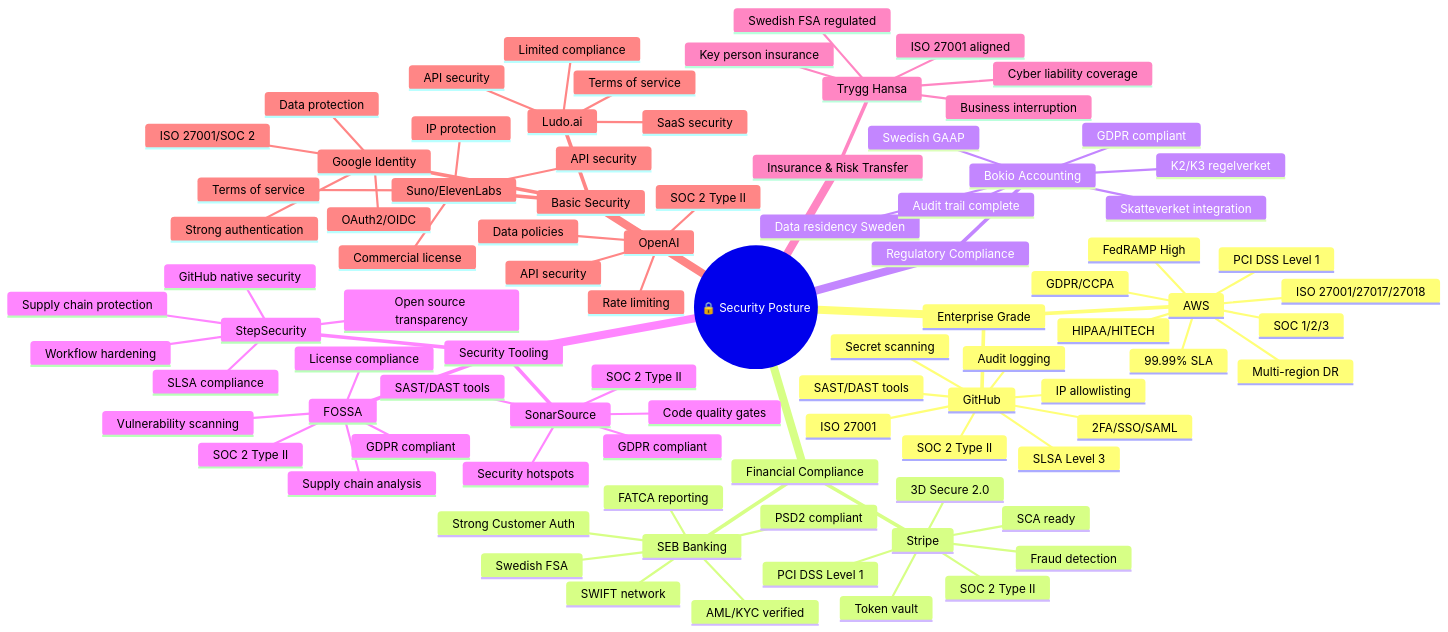
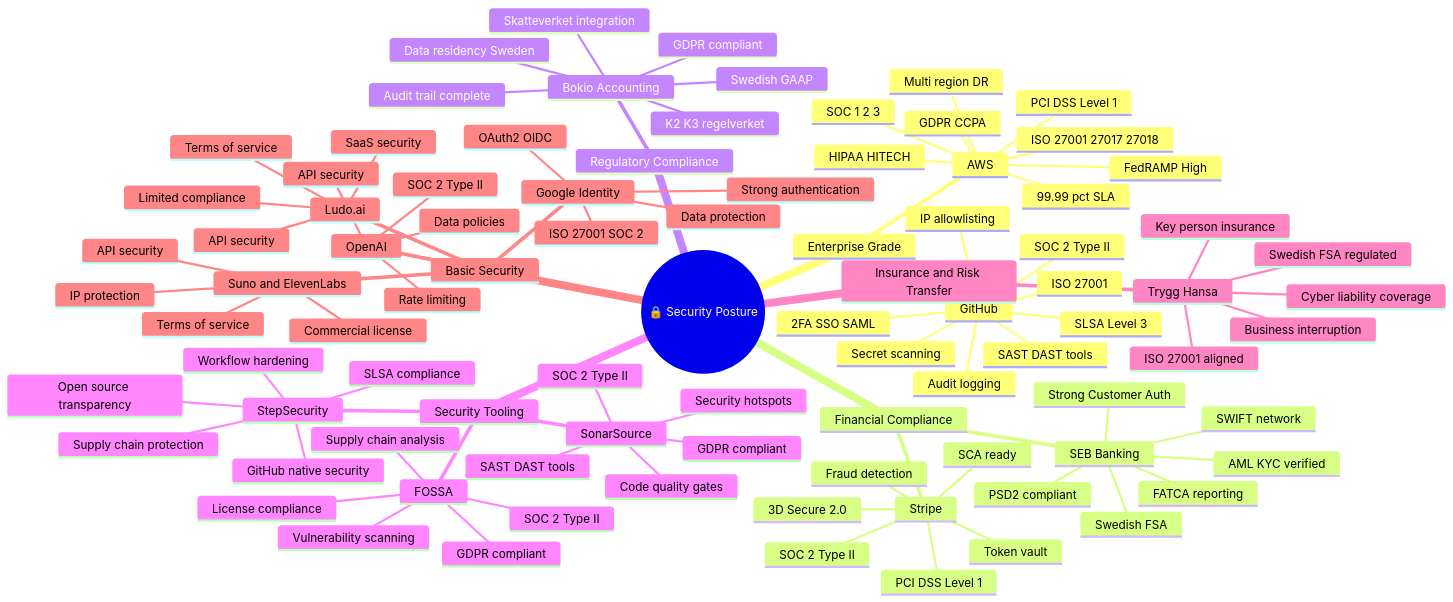
The second of 5 diagrams in SUPPLIER.md (Hack23/ISMS-PUBLIC), drawn with Mermaid before and after one commit. The commit also changed other lines of this file and 18 other files, not shown here.

Commit message:
fix broken mermaid

````diff
--- a/SUPPLIER.md
+++ b/SUPPLIER.md
@@ -185,29 +178,29 @@
   root((🔒 Security Posture))
     Enterprise Grade
       AWS
-        ISO 27001/27017/27018
-        SOC 1/2/3
+        ISO 27001 27017 27018
+        SOC 1 2 3
         PCI DSS Level 1
-        HIPAA/HITECH
+        HIPAA HITECH
         FedRAMP High
-        GDPR/CCPA
-        Multi-region DR
-        99.99% SLA
+        GDPR CCPA
+        Multi region DR
+        99.99 pct SLA
       GitHub
         SOC 2 Type II
         ISO 27001
         SLSA Level 3
-        2FA/SSO/SAML
+        2FA SSO SAML
         IP allowlisting
         Audit logging
         Secret scanning
-        SAST/DAST tools
+        SAST DAST tools
     Financial Compliance
       SEB Banking
         PSD2 compliant
         Swedish FSA
         SWIFT network
-        AML/KYC verified
+        AML KYC verified
         FATCA reporting
         Strong Customer Auth
       Stripe
@@ -220,7 +213,7 @@
     Regulatory Compliance
       Bokio Accounting
         Swedish GAAP
-        K2/K3 regelverket
+        K2 K3 regelverket
         Skatteverket integration
         GDPR compliant
         Data residency Sweden
@@ -229,7 +222,7 @@
       SonarSource
         SOC 2 Type II
         GDPR compliant
-        SAST/DAST tools
+        SAST DAST tools
         Code quality gates
         Security hotspots
       FOSSA
@@ -244,7 +237,7 @@
         Workflow hardening
         Supply chain protection
         Open source transparency
-    Insurance & Risk Transfer
+    Insurance and Risk Transfer
       Trygg Hansa
         ISO 27001 aligned
         Swedish FSA regulated
@@ -252,7 +245,7 @@
         Key person insurance
         Business interruption
     Basic Security
-      Suno/ElevenLabs
+      Suno and ElevenLabs
         Terms of service
         IP protection
         Commercial license
@@ -268,8 +261,8 @@
         API security
         Limited compliance
       Google Identity
-        ISO 27001/SOC 2
-        OAuth2/OIDC
+        ISO 27001 SOC 2
+        OAuth2 OIDC
         Strong authentication
         Data protection
 ```
````
